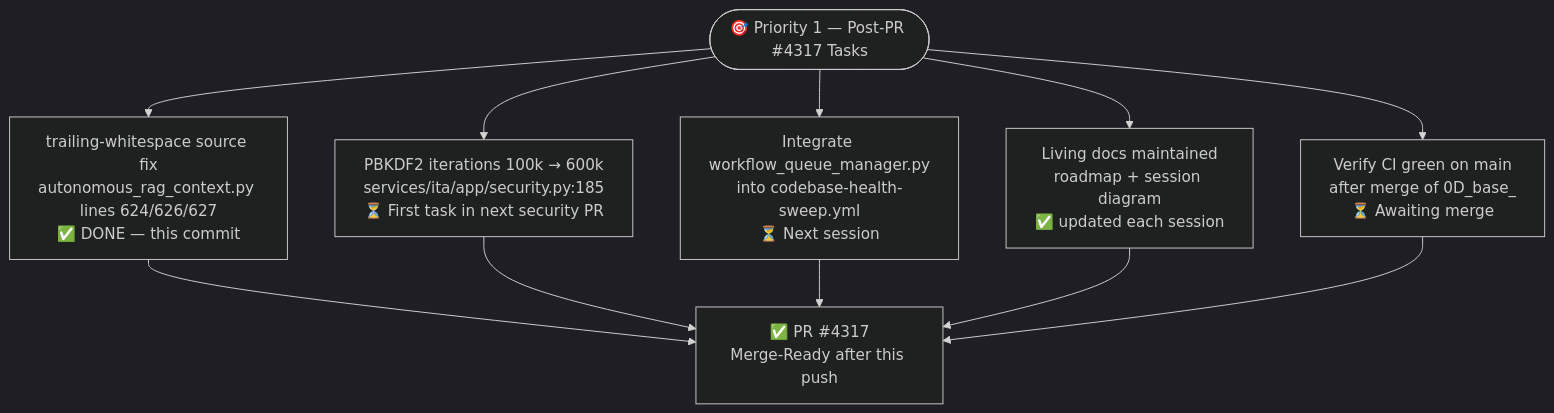
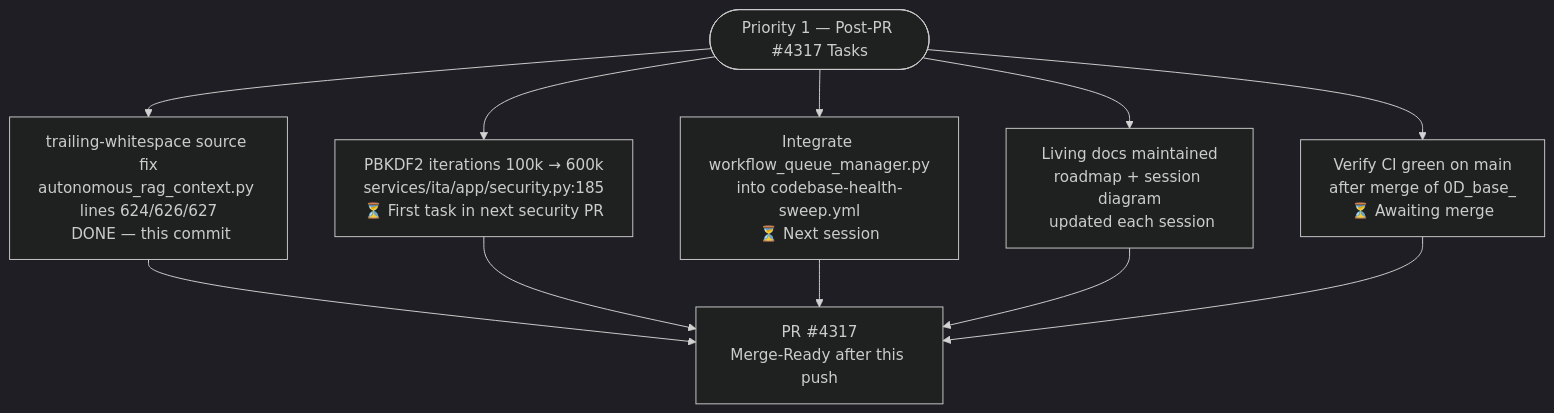
Before and after one commit to Aries-Serpent/_codex_: the fourth of 16 diagrams in docs/roadmap/PR4317_whats_next.md, drawn with Mermaid (dark theme). The commit also changed other lines of this file and 2029 other files, not shown here.

````diff
--- a/docs/roadmap/PR4317_whats_next.md
+++ b/docs/roadmap/PR4317_whats_next.md
@@ -170,13 +172,13 @@
 ```mermaid
-%%{init: {'accessibility': {'title': 'Flowchart showing "🎯 Priority 1 — Post-PR #4317 Tasks", "trailing-whitespace source fix\nautonomous_rag_context.py lines 624/626/627\n✅ DONE — this commit"'}}%%
+%%{init: {'accessibility': {'title': 'Flowchart showing " Priority 1 — Post-PR #4317 Tasks", "trailing-whitespace source fix\nautonomous_rag_context.py lines 624/626/627\n DONE — this commit"'}}%%
 flowchart TD
-    P1(["🎯 Priority 1 — Post-PR #4317 Tasks"])
+    P1([" Priority 1 — Post-PR #4317 Tasks"])
 
-    P1 --> TW["trailing-whitespace source fix\nautonomous_rag_context.py lines 624/626/627\n✅ DONE — this commit"]
+    P1 --> TW["trailing-whitespace source fix\nautonomous_rag_context.py lines 624/626/627\n DONE — this commit"]
     P1 --> PBKDF2["PBKDF2 iterations 100k → 600k\nservices/ita/app/security.py:185\n⏳ First task in next security PR"]
     P1 --> WQM["Integrate workflow_queue_manager.py\ninto codebase-health-sweep.yml\n⏳ Next session"]
-    P1 --> DOCS["Living docs maintained\nroadmap + session diagram\n✅ updated each session"]
+    P1 --> DOCS["Living docs maintained\nroadmap + session diagram\n updated each session"]
     P1 --> VERIFY["Verify CI green on main\nafter merge of 0D_base_\n⏳ Awaiting merge"]
 
-    TW & PBKDF2 & WQM & DOCS & VERIFY --> MERGE_READY["✅ PR #4317\nMerge-Ready after this push"]
+    TW & PBKDF2 & WQM & DOCS & VERIFY --> MERGE_READY[" PR #4317\nMerge-Ready after this push"]
 ```
````
